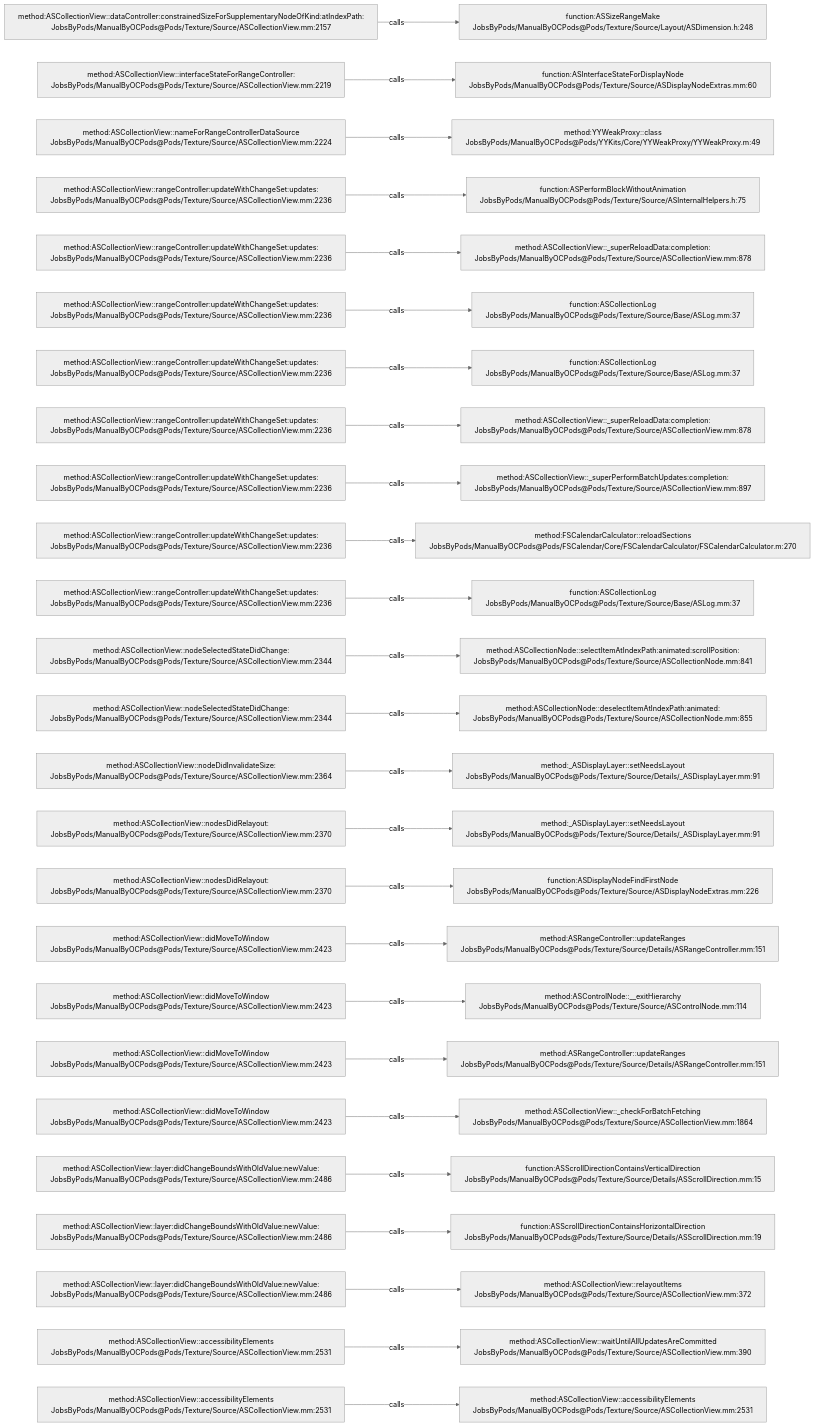
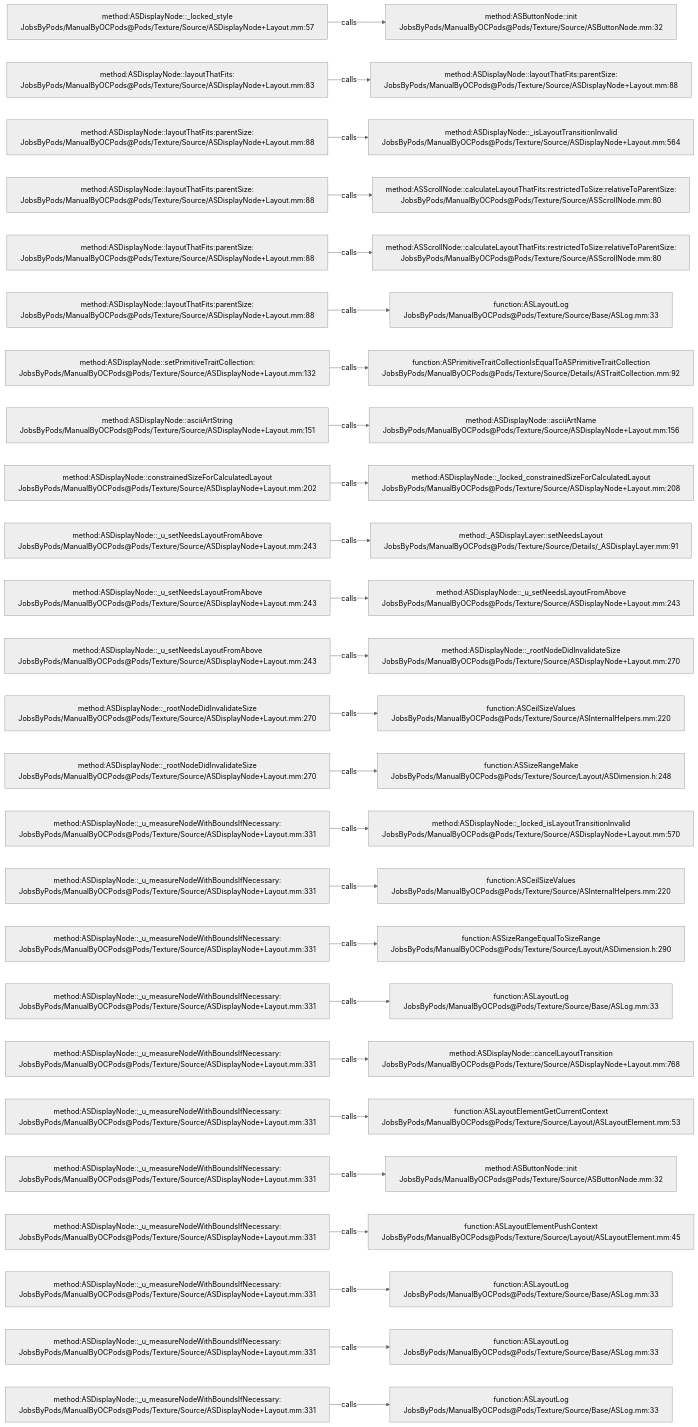
The diagram in .codegraph/codegraph.md/graphs/calls-076.md (JobsKits/JobsOCBaseConfigDemo), drawn with Mermaid (neutral theme) before and after one commit. The commit also changed 2723 other files, not shown here.

````diff
--- a/.codegraph/codegraph.md/graphs/calls-076.md
+++ b/.codegraph/codegraph.md/graphs/calls-076.md
@@ -13,78 +13,78 @@
 ```mermaid
 flowchart LR
-  S1["method:ASCollectionView::dataController:constrainedSizeForSupplementaryNodeOfKind:atIndexPath:<br/>JobsByPods/ManualByOCPods@Pods/Texture/Source/ASCollectionView.mm:2157"]
-  T1["function:ASSizeRangeMake<br/>JobsByPods/ManualByOCPods@Pods/Texture/Source/Layout/ASDimension.h:248"]
+  S1["method:ASDisplayNode::_locked_style<br/>JobsByPods/ManualByOCPods@Pods/Texture/Source/ASDisplayNode+Layout.mm:57"]
+  T1["method:ASButtonNode::init<br/>JobsByPods/ManualByOCPods@Pods/Texture/Source/ASButtonNode.mm:32"]
   S1 -->|calls| T1
-  S2["method:ASCollectionView::interfaceStateForRangeController:<br/>JobsByPods/ManualByOCPods@Pods/Texture/Source/ASCollectionView.mm:2219"]
-  T2["function:ASInterfaceStateForDisplayNode<br/>JobsByPods/ManualByOCPods@Pods/Texture/Source/ASDisplayNodeExtras.mm:60"]
+  S2["method:ASDisplayNode::layoutThatFits:<br/>JobsByPods/ManualByOCPods@Pods/Texture/Source/ASDisplayNode+Layout.mm:83"]
+  T2["method:ASDisplayNode::layoutThatFits:parentSize:<br/>JobsByPods/ManualByOCPods@Pods/Texture/Source/ASDisplayNode+Layout.mm:88"]
   S2 -->|calls| T2
-  S3["method:ASCollectionView::nameForRangeControllerDataSource<br/>JobsByPods/ManualByOCPods@Pods/Texture/Source/ASCollectionView.mm:2224"]
-  T3["method:YYWeakProxy::class<br/>JobsByPods/ManualByOCPods@Pods/YYKits/Core/YYWeakProxy/YYWeakProxy.m:49"]
+  S3["method:ASDisplayNode::layoutThatFits:parentSize:<br/>JobsByPods/ManualByOCPods@Pods/Texture/Source/ASDisplayNode+Layout.mm:88"]
+  T3["method:ASDisplayNode::_isLayoutTransitionInvalid<br/>JobsByPods/ManualByOCPods@Pods/Texture/Source/ASDisplayNode+Layout.mm:564"]
   S3 -->|calls| T3
-  S4["method:ASCollectionView::rangeController:updateWithChangeSet:updates:<br/>JobsByPods/ManualByOCPods@Pods/Texture/Source/ASCollectionView.mm:2236"]
-  T4["function:ASPerformBlockWithoutAnimation<br/>JobsByPods/ManualByOCPods@Pods/Texture/Source/ASInternalHelpers.h:75"]
+  S4["method:ASDisplayNode::layoutThatFits:parentSize:<br/>JobsByPods/ManualByOCPods@Pods/Texture/Source/ASDisplayNode+Layout.mm:88"]
+  T4["method:ASScrollNode::calculateLayoutThatFits:restrictedToSize:relativeToParentSize:<br/>JobsByPods/ManualByOCPods@Pods/Texture/Source/ASScrollNode.mm:80"]
   S4 -->|calls| T4
-  S5["method:ASCollectionView::rangeController:updateWithChangeSet:updates:<br/>JobsByPods/ManualByOCPods@Pods/Texture/Source/ASCollectionView.mm:2236"]
-  T5["method:ASCollectionView::_superReloadData:completion:<br/>JobsByPods/ManualByOCPods@Pods/Texture/Source/ASCollectionView.mm:878"]
+  S5["method:ASDisplayNode::layoutThatFits:parentSize:<br/>JobsByPods/ManualByOCPods@Pods/Texture/Source/ASDisplayNode+Layout.mm:88"]
+  T5["method:ASScrollNode::calculateLayoutThatFits:restrictedToSize:relativeToParentSize:<br/>JobsByPods/ManualByOCPods@Pods/Texture/Source/ASScrollNode.mm:80"]
   S5 -->|calls| T5
-  S6["method:ASCollectionView::rangeController:updateWithChangeSet:updates:<br/>JobsByPods/ManualByOCPods@Pods/Texture/Source/ASCollectionView.mm:2236"]
-  T6["function:ASCollectionLog<br/>JobsByPods/ManualByOCPods@Pods/Texture/Source/Base/ASLog.mm:37"]
+  S6["method:ASDisplayNode::layoutThatFits:parentSize:<br/>JobsByPods/ManualByOCPods@Pods/Texture/Source/ASDisplayNode+Layout.mm:88"]
+  T6["function:ASLayoutLog<br/>JobsByPods/ManualByOCPods@Pods/Texture/Source/Base/ASLog.mm:33"]
   S6 -->|calls| T6
-  S7["method:ASCollectionView::rangeController:updateWithChangeSet:updates:<br/>JobsByPods/ManualByOCPods@Pods/Texture/Source/ASCollectionView.mm:2236"]
-  T7["function:ASCollectionLog<br/>JobsByPods/ManualByOCPods@Pods/Texture/Source/Base/ASLog.mm:37"]
+  S7["method:ASDisplayNode::setPrimitiveTraitCollection:<br/>JobsByPods/ManualByOCPods@Pods/Texture/Source/ASDisplayNode+Layout.mm:132"]
+  T7["function:ASPrimitiveTraitCollectionIsEqualToASPrimitiveTraitCollection<br/>JobsByPods/ManualByOCPods@Pods/Texture/Source/Details/ASTraitCollection.mm:92"]
   S7 -->|calls| T7
-  S8["method:ASCollectionView::rangeController:updateWithChangeSet:updates:<br/>JobsByPods/ManualByOCPods@Pods/Texture/Source/ASCollectionView.mm:2236"]
-  T8["method:ASCollectionView::_superReloadData:completion:<br/>JobsByPods/ManualByOCPods@Pods/Texture/Source/ASCollectionView.mm:878"]
+  S8["method:ASDisplayNode::asciiArtString<br/>JobsByPods/ManualByOCPods@Pods/Texture/Source/ASDisplayNode+Layout.mm:151"]
+  T8["method:ASDisplayNode::asciiArtName<br/>JobsByPods/ManualByOCPods@Pods/Texture/Source/ASDisplayNode+Layout.mm:156"]
   S8 -->|calls| T8
-  S9["method:ASCollectionView::rangeController:updateWithChangeSet:updates:<br/>JobsByPods/ManualByOCPods@Pods/Texture/Source/ASCollectionView.mm:2236"]
-  T9["method:ASCollectionView::_superPerformBatchUpdates:completion:<br/>JobsByPods/ManualByOCPods@Pods/Texture/Source/ASCollectionView.mm:897"]
+  S9["method:ASDisplayNode::constrainedSizeForCalculatedLayout<br/>JobsByPods/ManualByOCPods@Pods/Texture/Source/ASDisplayNode+Layout.mm:202"]
+  T9["method:ASDisplayNode::_locked_constrainedSizeForCalculatedLayout<br/>JobsByPods/ManualByOCPods@Pods/Texture/Source/ASDisplayNode+Layout.mm:208"]
   S9 -->|calls| T9
-  S10["method:ASCollectionView::rangeController:updateWithChangeSet:updates:<br/>JobsByPods/ManualByOCPods@Pods/Texture/Source/ASCollectionView.mm:2236"]
-  T10["method:FSCalendarCalculator::reloadSections<br/>JobsByPods/ManualByOCPods@Pods/FSCalendar/Core/FSCalendarCalculator/FSCalendarCalculator.m:270"]
+  S10["method:ASDisplayNode::_u_setNeedsLayoutFromAbove<br/>JobsByPods/ManualByOCPods@Pods/Texture/Source/ASDisplayNode+Layout.mm:243"]
+  T10["method:_ASDisplayLayer::setNeedsLayout<br/>JobsByPods/ManualByOCPods@Pods/Texture/Source/Details/_ASDisplayLayer.mm:91"]
   S10 -->|calls| T10
-  S11["method:ASCollectionView::rangeController:updateWithChangeSet:updates:<br/>JobsByPods/ManualByOCPods@Pods/Texture/Source/ASCollectionView.mm:2236"]
-  T11["function:ASCollectionLog<br/>JobsByPods/ManualByOCPods@Pods/Texture/Source/Base/ASLog.mm:37"]
+  S11["method:ASDisplayNode::_u_setNeedsLayoutFromAbove<br/>JobsByPods/ManualByOCPods@Pods/Texture/Source/ASDisplayNode+Layout.mm:243"]
+  T11["method:ASDisplayNode::_u_setNeedsLayoutFromAbove<br/>JobsByPods/ManualByOCPods@Pods/Texture/Source/ASDisplayNode+Layout.mm:243"]
   S11 -->|calls| T11
-  S12["method:ASCollectionView::nodeSelectedStateDidChange:<br/>JobsByPods/ManualByOCPods@Pods/Texture/Source/ASCollectionView.mm:2344"]
-  T12["method:ASCollectionNode::selectItemAtIndexPath:animated:scrollPosition:<br/>JobsByPods/ManualByOCPods@Pods/Texture/Source/ASCollectionNode.mm:841"]
+  S12["method:ASDisplayNode::_u_setNeedsLayoutFromAbove<br/>JobsByPods/ManualByOCPods@Pods/Texture/Source/ASDisplayNode+Layout.mm:243"]
+  T12["method:ASDisplayNode::_rootNodeDidInvalidateSize<br/>JobsByPods/ManualByOCPods@Pods/Texture/Source/ASDisplayNode+Layout.mm:270"]
   S12 -->|calls| T12
-  S13["method:ASCollectionView::nodeSelectedStateDidChange:<br/>JobsByPods/ManualByOCPods@Pods/Texture/Source/ASCollectionView.mm:2344"]
-  T13["method:ASCollectionNode::deselectItemAtIndexPath:animated:<br/>JobsByPods/ManualByOCPods@Pods/Texture/Source/ASCollectionNode.mm:855"]
+  S13["method:ASDisplayNode::_rootNodeDidInvalidateSize<br/>JobsByPods/ManualByOCPods@Pods/Texture/Source/ASDisplayNode+Layout.mm:270"]
+  T13["function:ASCeilSizeValues<br/>JobsByPods/ManualByOCPods@Pods/Texture/Source/ASInternalHelpers.mm:220"]
   S13 -->|calls| T13
-  S14["method:ASCollectionView::nodeDidInvalidateSize:<br/>JobsByPods/ManualByOCPods@Pods/Texture/Source/ASCollectionView.mm:2364"]
-  T14["method:_ASDisplayLayer::setNeedsLayout<br/>JobsByPods/ManualByOCPods@Pods/Texture/Source/Details/_ASDisplayLayer.mm:91"]
+  S14["method:ASDisplayNode::_rootNodeDidInvalidateSize<br/>JobsByPods/ManualByOCPods@Pods/Texture/Source/ASDisplayNode+Layout.mm:270"]
+  T14["function:ASSizeRangeMake<br/>JobsByPods/ManualByOCPods@Pods/Texture/Source/Layout/ASDimension.h:248"]
   S14 -->|calls| T14
-  S15["method:ASCollectionView::nodesDidRelayout:<br/>JobsByPods/ManualByOCPods@Pods/Texture/Source/ASCollectionView.mm:2370"]
-  T15["method:_ASDisplayLayer::setNeedsLayout<br/>JobsByPods/ManualByOCPods@Pods/Texture/Source/Details/_ASDisplayLayer.mm:91"]
+  S15["method:ASDisplayNode::_u_measureNodeWithBoundsIfNecessary:<br/>JobsByPods/ManualByOCPods@Pods/Texture/Source/ASDisplayNode+Layout.mm:331"]
+  T15["method:ASDisplayNode::_locked_isLayoutTransitionInvalid<br/>JobsByPods/ManualByOCPods@Pods/Texture/Source/ASDisplayNode+Layout.mm:570"]
   S15 -->|calls| T15
-  S16["method:ASCollectionView::nodesDidRelayout:<br/>JobsByPods/ManualByOCPods@Pods/Texture/Source/ASCollectionView.mm:2370"]
-  T16["function:ASDisplayNodeFindFirstNode<br/>JobsByPods/ManualByOCPods@Pods/Texture/Source/ASDisplayNodeExtras.mm:226"]
+  S16["method:ASDisplayNode::_u_measureNodeWithBoundsIfNecessary:<br/>JobsByPods/ManualByOCPods@Pods/Texture/Source/ASDisplayNode+Layout.mm:331"]
+  T16["function:ASCeilSizeValues<br/>JobsByPods/ManualByOCPods@Pods/Texture/Source/ASInternalHelpers.mm:220"]
   S16 -->|calls| T16
-  S17["method:ASCollectionView::didMoveToWindow<br/>JobsByPods/ManualByOCPods@Pods/Texture/Source/ASCollectionView.mm:2423"]
-  T17["method:ASRangeController::updateRanges<br/>JobsByPods/ManualByOCPods@Pods/Texture/Source/Details/ASRangeController.mm:151"]
+  S17["method:ASDisplayNode::_u_measureNodeWithBoundsIfNecessary:<br/>JobsByPods/ManualByOCPods@Pods/Texture/Source/ASDisplayNode+Layout.mm:331"]
+  T17["function:ASSizeRangeEqualToSizeRange<br/>JobsByPods/ManualByOCPods@Pods/Texture/Source/Layout/ASDimension.h:290"]
   S17 -->|calls| T17
-  S18["method:ASCollectionView::didMoveToWindow<br/>JobsByPods/ManualByOCPods@Pods/Texture/Source/ASCollectionView.mm:2423"]
-  T18["method:ASControlNode::__exitHierarchy<br/>JobsByPods/ManualByOCPods@Pods/Texture/Source/ASControlNode.mm:114"]
+  S18["method:ASDisplayNode::_u_measureNodeWithBoundsIfNecessary:<br/>JobsByPods/ManualByOCPods@Pods/Texture/Source/ASDisplayNode+Layout.mm:331"]
+  T18["function:ASLayoutLog<br/>JobsByPods/ManualByOCPods@Pods/Texture/Source/Base/ASLog.mm:33"]
   S18 -->|calls| T18
-  S19["method:ASCollectionView::didMoveToWindow<br/>JobsByPods/ManualByOCPods@Pods/Texture/Source/ASCollectionView.mm:2423"]
-  T19["method:ASRangeController::updateRanges<br/>JobsByPods/ManualByOCPods@Pods/Texture/Source/Details/ASRangeController.mm:151"]
+  S19["method:ASDisplayNode::_u_measureNodeWithBoundsIfNecessary:<br/>JobsByPods/ManualByOCPods@Pods/Texture/Source/ASDisplayNode+Layout.mm:331"]
+  T19["method:ASDisplayNode::cancelLayoutTransition<br/>JobsByPods/ManualByOCPods@Pods/Texture/Source/ASDisplayNode+Layout.mm:768"]
   S19 -->|calls| T19
-  S20["method:ASCollectionView::didMoveToWindow<br/>JobsByPods/ManualByOCPods@Pods/Texture/Source/ASCollectionView.mm:2423"]
-  T20["method:ASCollectionView::_checkForBatchFetching<br/>JobsByPods/ManualByOCPods@Pods/Texture/Source/ASCollectionView.mm:1864"]
+  S20["method:ASDisplayNode::_u_measureNodeWithBoundsIfNecessary:<br/>JobsByPods/ManualByOCPods@Pods/Texture/Source/ASDisplayNode+Layout.mm:331"]
+  T20["function:ASLayoutElementGetCurrentContext<br/>JobsByPods/ManualByOCPods@Pods/Texture/Source/Layout/ASLayoutElement.mm:53"]
   S20 -->|calls| T20
-  S21["method:ASCollectionView::layer:didChangeBoundsWithOldValue:newValue:<br/>JobsByPods/ManualByOCPods@Pods/Texture/Source/ASCollectionView.mm:2486"]
-  T21["function:ASScrollDirectionContainsVerticalDirection<br/>JobsByPods/ManualByOCPods@Pods/Texture/Source/Details/ASScrollDirection.mm:15"]
+  S21["method:ASDisplayNode::_u_measureNodeWithBoundsIfNecessary:<br/>JobsByPods/ManualByOCPods@Pods/Texture/Source/ASDisplayNode+Layout.mm:331"]
+  T21["method:ASButtonNode::init<br/>JobsByPods/ManualByOCPods@Pods/Texture/Source/ASButtonNode.mm:32"]
   S21 -->|calls| T21
-  S22["method:ASCollectionView::layer:didChangeBoundsWithOldValue:newValue:<br/>JobsByPods/ManualByOCPods@Pods/Texture/Source/ASCollectionView.mm:2486"]
-  T22["function:ASScrollDirectionContainsHorizontalDirection<br/>JobsByPods/ManualByOCPods@Pods/Texture/Source/Details/ASScrollDirection.mm:19"]
+  S22["method:ASDisplayNode::_u_measureNodeWithBoundsIfNecessary:<br/>JobsByPods/ManualByOCPods@Pods/Texture/Source/ASDisplayNode+Layout.mm:331"]
+  T22["function:ASLayoutElementPushContext<br/>JobsByPods/ManualByOCPods@Pods/Texture/Source/Layout/ASLayoutElement.mm:45"]
   S22 -->|calls| T22
-  S23["method:ASCollectionView::layer:didChangeBoundsWithOldValue:newValue:<br/>JobsByPods/ManualByOCPods@Pods/Texture/Source/ASCollectionView.mm:2486"]
-  T23["method:ASCollectionView::relayoutItems<br/>JobsByPods/ManualByOCPods@Pods/Texture/Source/ASCollectionView.mm:372"]
+  S23["method:ASDisplayNode::_u_measureNodeWithBoundsIfNecessary:<br/>JobsByPods/ManualByOCPods@Pods/Texture/Source/ASDisplayNode+Layout.mm:331"]
+  T23["function:ASLayoutLog<br/>JobsByPods/ManualByOCPods@Pods/Texture/Source/Base/ASLog.mm:33"]
   S23 -->|calls| T23
-  S24["method:ASCollectionView::accessibilityElements<br/>JobsByPods/ManualByOCPods@Pods/Texture/Source/ASCollectionView.mm:2531"]
-  T24["method:ASCollectionView::waitUntilAllUpdatesAreCommitted<br/>JobsByPods/ManualByOCPods@Pods/Texture/Source/ASCollectionView.mm:390"]
+  S24["method:ASDisplayNode::_u_measureNodeWithBoundsIfNecessary:<br/>JobsByPods/ManualByOCPods@Pods/Texture/Source/ASDisplayNode+Layout.mm:331"]
+  T24["function:ASLayoutLog<br/>JobsByPods/ManualByOCPods@Pods/Texture/Source/Base/ASLog.mm:33"]
   S24 -->|calls| T24
-  S25["method:ASCollectionView::accessibilityElements<br/>JobsByPods/ManualByOCPods@Pods/Texture/Source/ASCollectionView.mm:2531"]
-  T25["method:ASCollectionView::accessibilityElements<br/>JobsByPods/ManualByOCPods@Pods/Texture/Source/ASCollectionView.mm:2531"]
+  S25["method:ASDisplayNode::_u_measureNodeWithBoundsIfNecessary:<br/>JobsByPods/ManualByOCPods@Pods/Texture/Source/ASDisplayNode+Layout.mm:331"]
+  T25["function:ASLayoutLog<br/>JobsByPods/ManualByOCPods@Pods/Texture/Source/Base/ASLog.mm:33"]
   S25 -->|calls| T25
 ```
````
